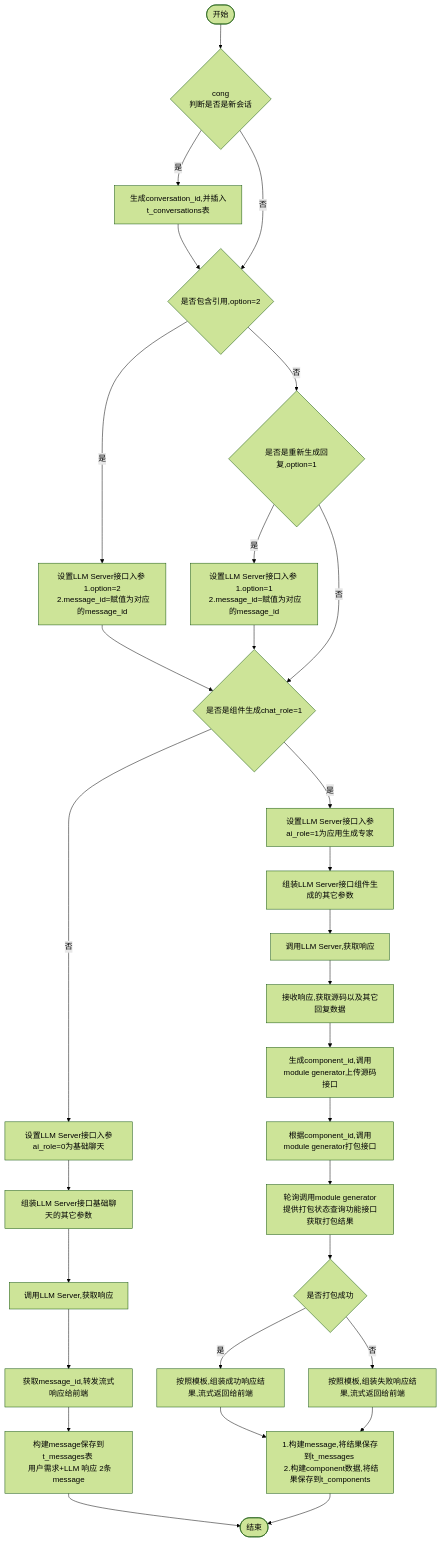
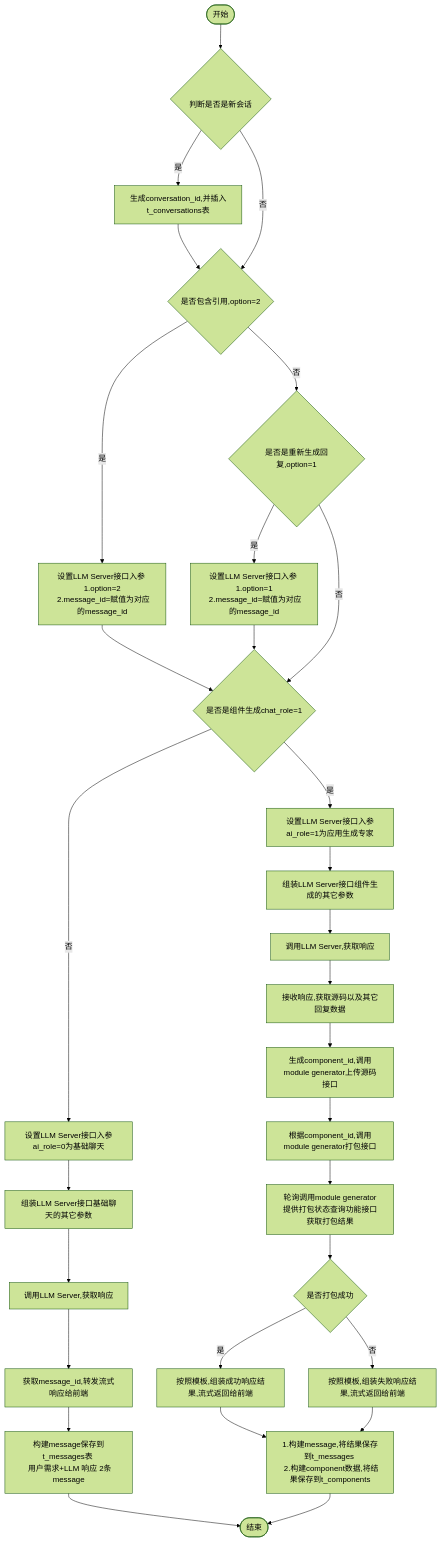
Before and after one commit to yingjianzh/iodraw-files: the diagram in all/w3-会话-不需要传递message.md, drawn with Mermaid (forest theme).

Commit message:
2024-10-15 14:00:21 update

````diff
--- a/all/w3-会话-不需要传递message.md
+++ b/all/w3-会话-不需要传递message.md
@@ -1,36 +1,36 @@
 ```mermaid
 flowchart TD
-    A([开始]) --> B{cong  \n 判断是否是新会话}
+    A([开始]) --> B{ \n 判断是否是新会话}
     B -- 是 --> C[生成conversation_id,并插入t_conversations表]
     C --> D
     B -- 否 --> D{是否包含引用,option=2}
     D -- 是 --> E[设置LLM Server接口入参 \n 1.option=2 \n 2.message_id=赋值为对应的message_id]
     D -- 否 --> F{是否是重新生成回复,option=1}
     F -- 是 --> G[设置LLM Server接口入参 \n 1.option=1 \n 2.message_id=赋值为对应的message_id]
     F -- 否 --> I
      
     E & G --> I{是否是组件生成chat_role=1}
     I -- 否 --> K[设置LLM Server接口入参ai_role=0为基础聊天]
     I -- 是 --> J[设置LLM Server接口入参ai_role=1为应用生成专家]
     
 
     J --> L[组装LLM Server接口组件生成的其它参数]    
     K --> M[组装LLM Server接口基础聊天的其它参数]    
     M --> N[调用LLM Server,获取响应]    
     N --> O[获取message_id,转发流式响应给前端]
     O --> P[构建message保存到t_messages表 \n 用户需求+LLM 响应 2条message]
     P --> R([结束])
 
 
     L --> S[调用LLM Server,获取响应]
     S --> T[接收响应,获取源码以及其它回复数据]
     T --> U[生成component_id,调用module generator上传源码接口]
     U --> V[根据component_id,调用module generator打包接口]
     V --> W[轮询调用module generator提供打包状态查询功能接口获取打包结果]
     W --> X{是否打包成功}
     X -- 是 --> Y[按照模板,组装成功响应结果,流式返回给前端]
     X -- 否 --> Z[按照模板,组装失败响应结果,流式返回给前端]
 
     Y & Z --> Result[1.构建message,将结果保存到t_messages \n 2.构建component数据,将结果保存到t_components]
     Result --> R
 ```
````
